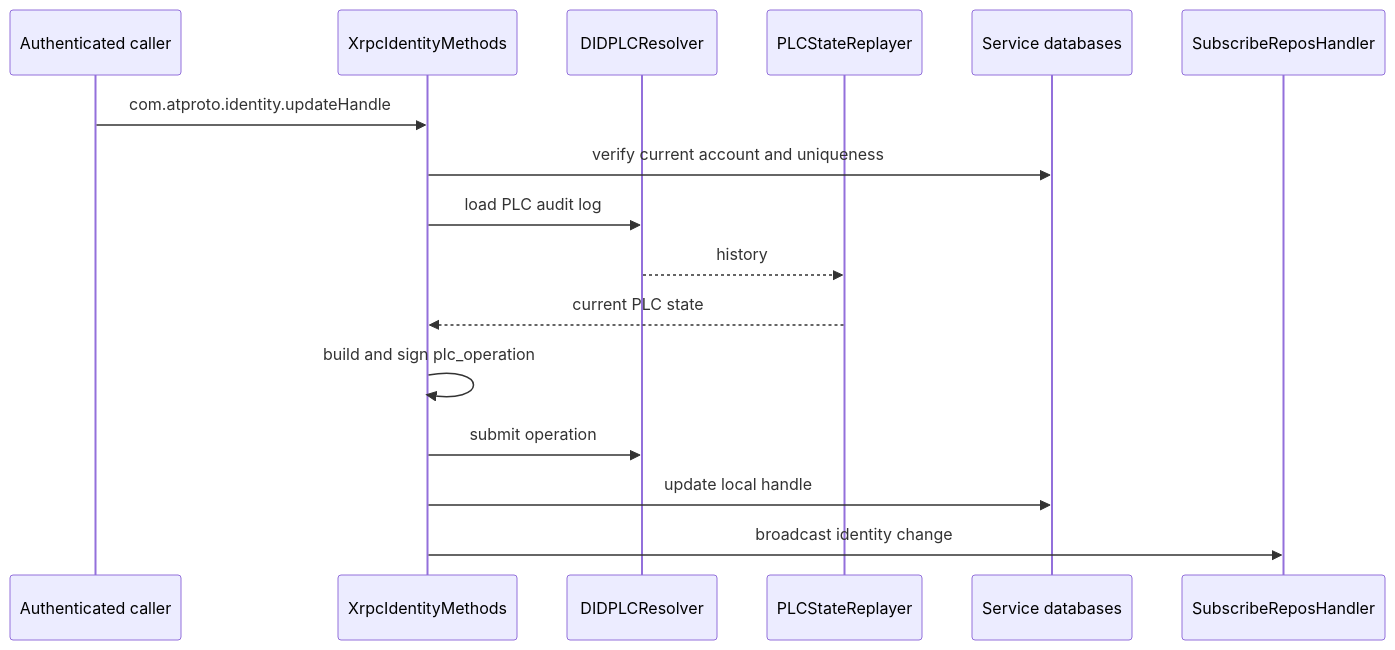
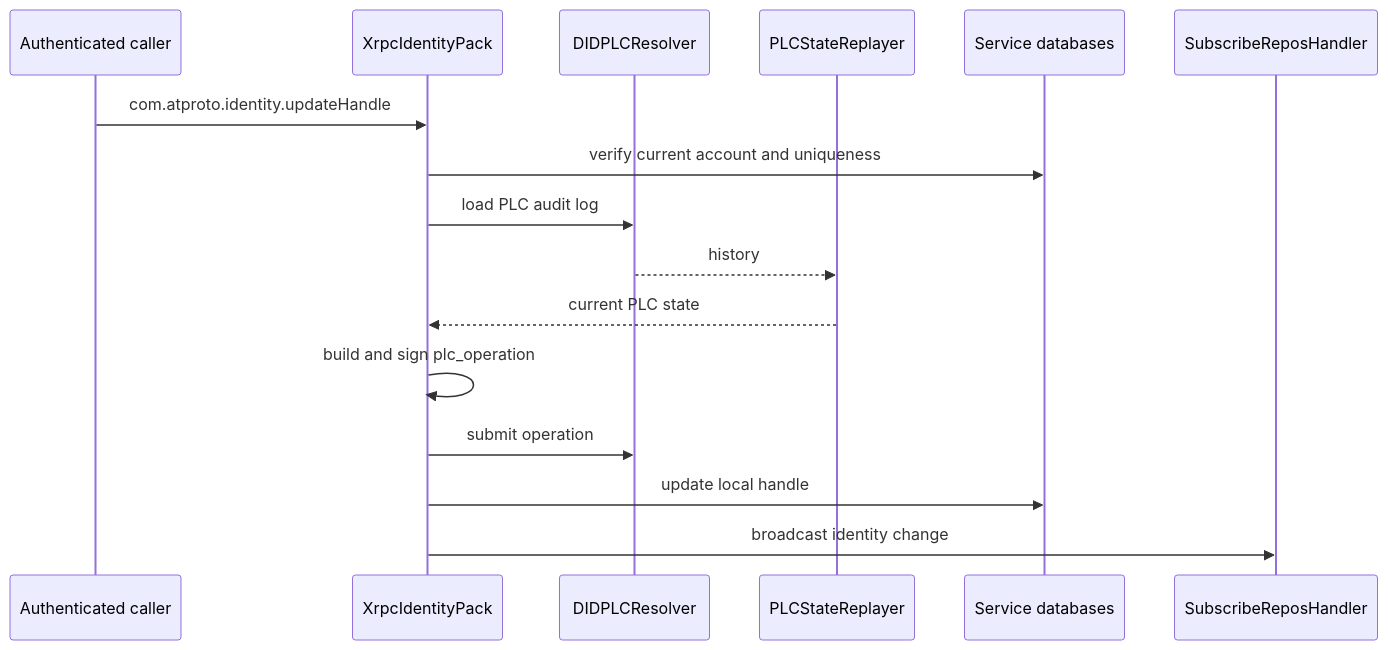
The diagram in docs/02-core-concepts/did-update-walkthrough.md (jvalinsky/garazyk), drawn with Mermaid before and after one commit. The commit also changed 234 other files, not shown here.

````diff
--- a/docs/02-core-concepts/did-update-walkthrough.md
+++ b/docs/02-core-concepts/did-update-walkthrough.md
@@ -22,19 +22,19 @@
 ```mermaid
 sequenceDiagram
   participant Client as Authenticated caller
-  participant Identity as XrpcIdentityMethods
+  participant Identity as XrpcIdentityPack
   participant PLC as DIDPLCResolver
   participant Replay as PLCStateReplayer
   participant DB as Service databases
   participant Firehose as SubscribeReposHandler
 
   Client->>Identity: com.atproto.identity.updateHandle
   Identity->>DB: verify current account and uniqueness
   Identity->>PLC: load PLC audit log
   PLC-->>Replay: history
   Replay-->>Identity: current PLC state
   Identity->>Identity: build and sign plc_operation
   Identity->>PLC: submit operation
   Identity->>DB: update local handle
   Identity->>Firehose: broadcast identity change
 ```
````
